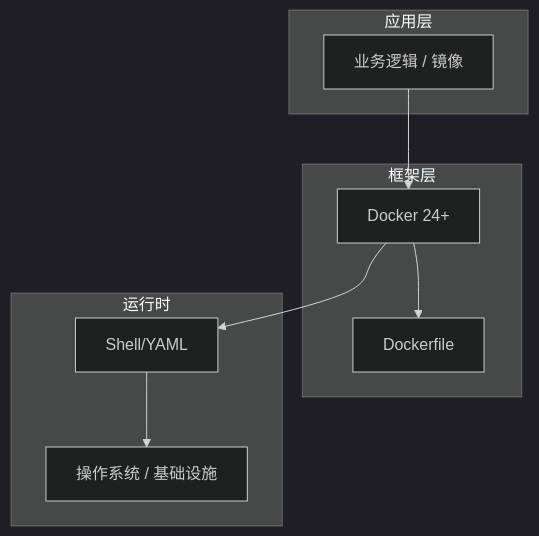
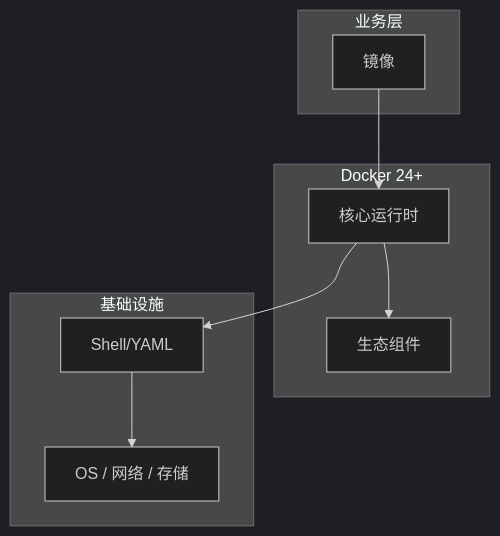
Before and after one commit to yanggan2015/knowledge-json-v2: the diagram in articles/Docker/chapters/008-镜像核心概念与原理.md, drawn with Mermaid (dark theme). The commit also changed other lines of this file and 10127 other files, not shown here.

````diff
--- a/articles/Docker/chapters/008-镜像核心概念与原理.md
+++ b/articles/Docker/chapters/008-镜像核心概念与原理.md
@@ -45,18 +34,18 @@
 ```mermaid
 graph TB
-    subgraph 应用层
-        A[业务逻辑 / 镜像]
+    subgraph 业务层
+        A[镜像]
     end
-    subgraph 框架层
-        B[Docker 24+]
-        C[Dockerfile]
+    subgraph Docker 24+
+        B[核心运行时]
+        C[生态组件]
     end
-    subgraph 运行时
+    subgraph 基础设施
         D[Shell/YAML]
-        E[操作系统 / 基础设施]
+        E[OS / 网络 / 存储]
     end
     A --> B
     B --> C
     B --> D
     D --> E
 ```
````
